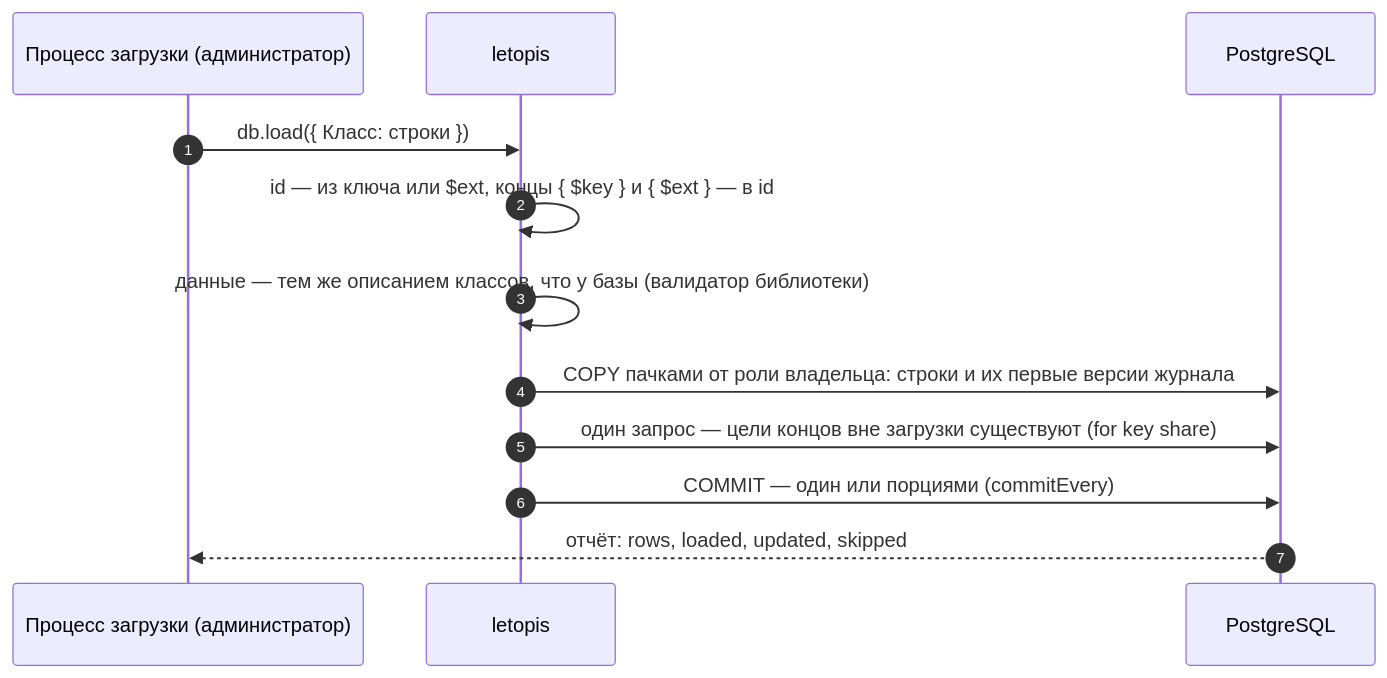
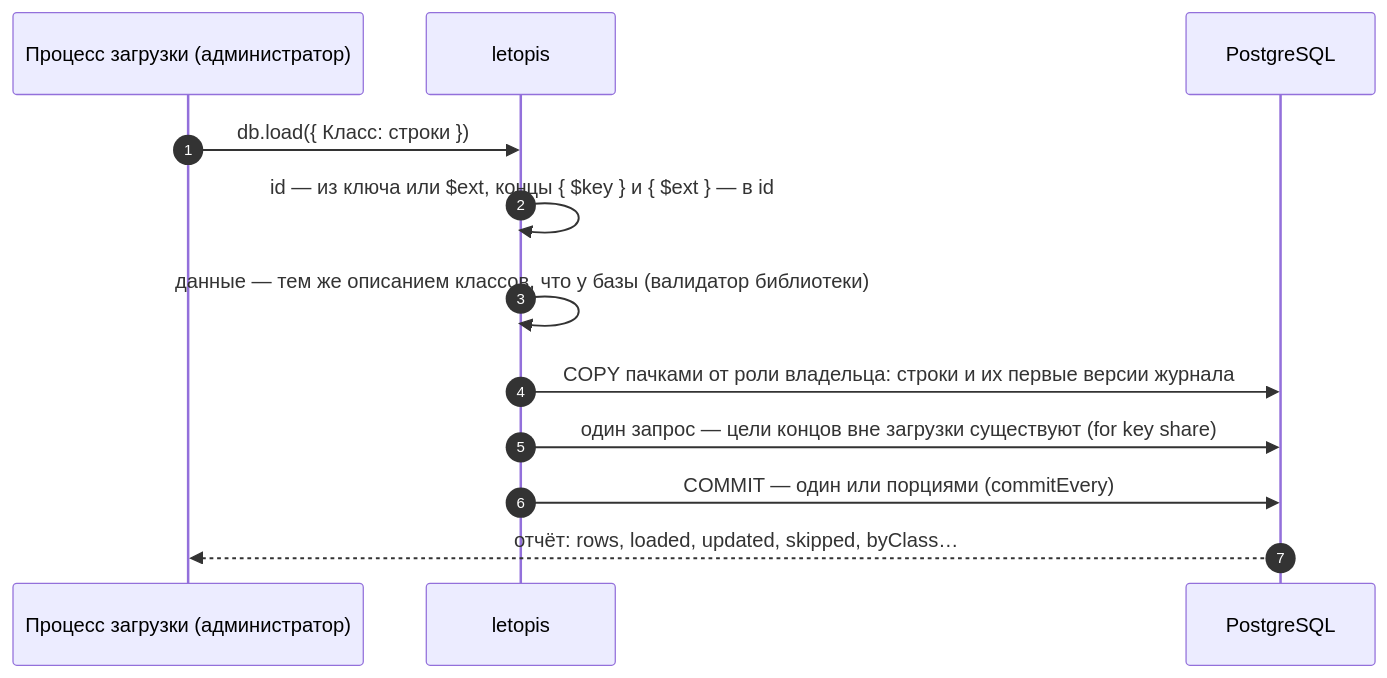
The diagram in guide/pages/load/index.md (alepri51/letopis), drawn with Mermaid before and after one commit. The commit also changed other lines of this file and 49 other files, not shown here.

````diff
--- a/guide/pages/load/index.md
+++ b/guide/pages/load/index.md
@@ -28,14 +42,14 @@
 ```mermaid
 sequenceDiagram
   autonumber
   participant App as Процесс загрузки (администратор)
   participant Lib as letopis
   participant DB as PostgreSQL
   App->>Lib: db.load({ Класс: строки })
   Lib->>Lib: id — из ключа или $ext, концы { $key } и { $ext } — в id
   Lib->>Lib: данные — тем же описанием классов, что у базы (валидатор библиотеки)
   Lib->>DB: COPY пачками от роли владельца: строки и их первые версии журнала
   Lib->>DB: один запрос — цели концов вне загрузки существуют (for key share)
   Lib->>DB: COMMIT — один или порциями (commitEvery)
-  DB-->>App: отчёт: rows, loaded, updated, skipped
+  DB-->>App: отчёт: rows, loaded, updated, skipped, byClass…
 ```
````
